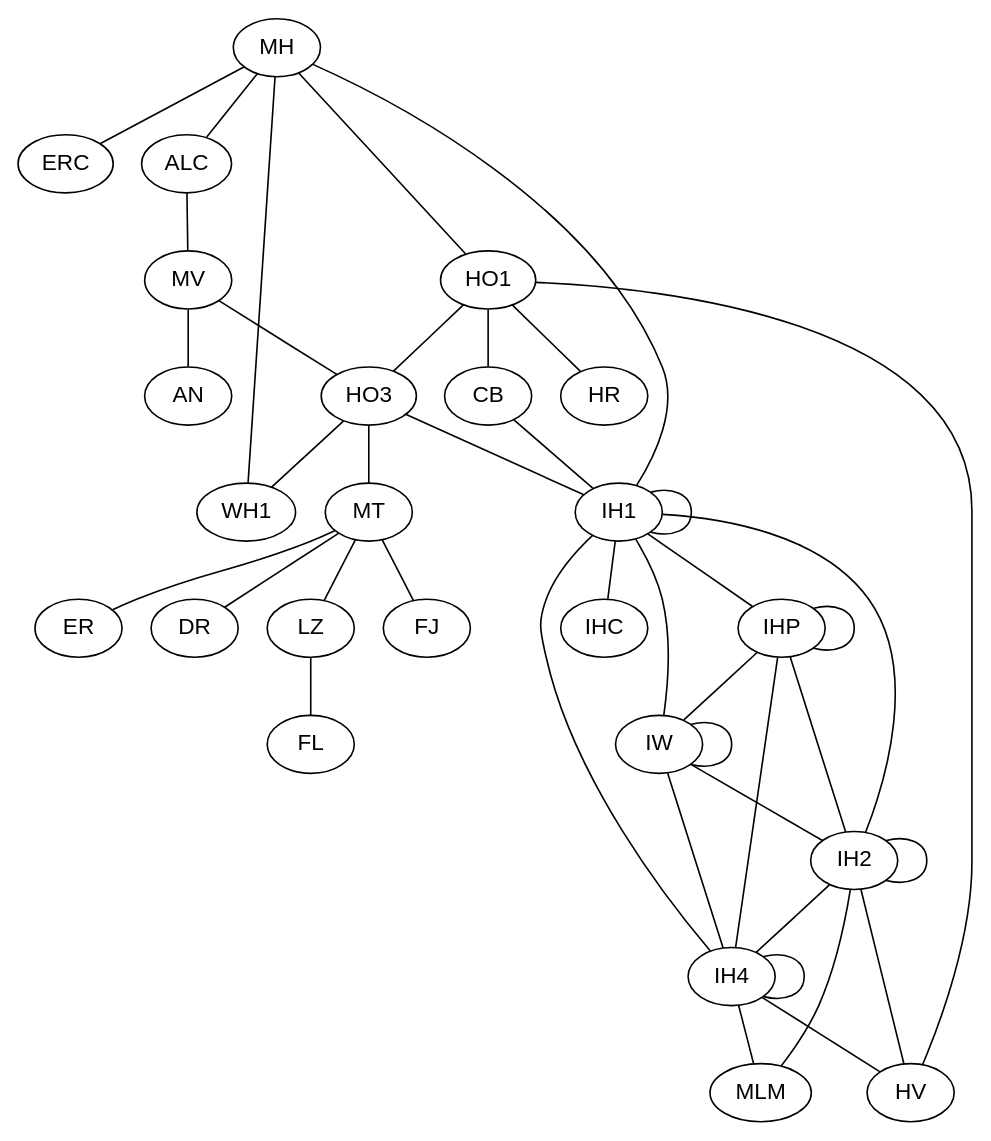
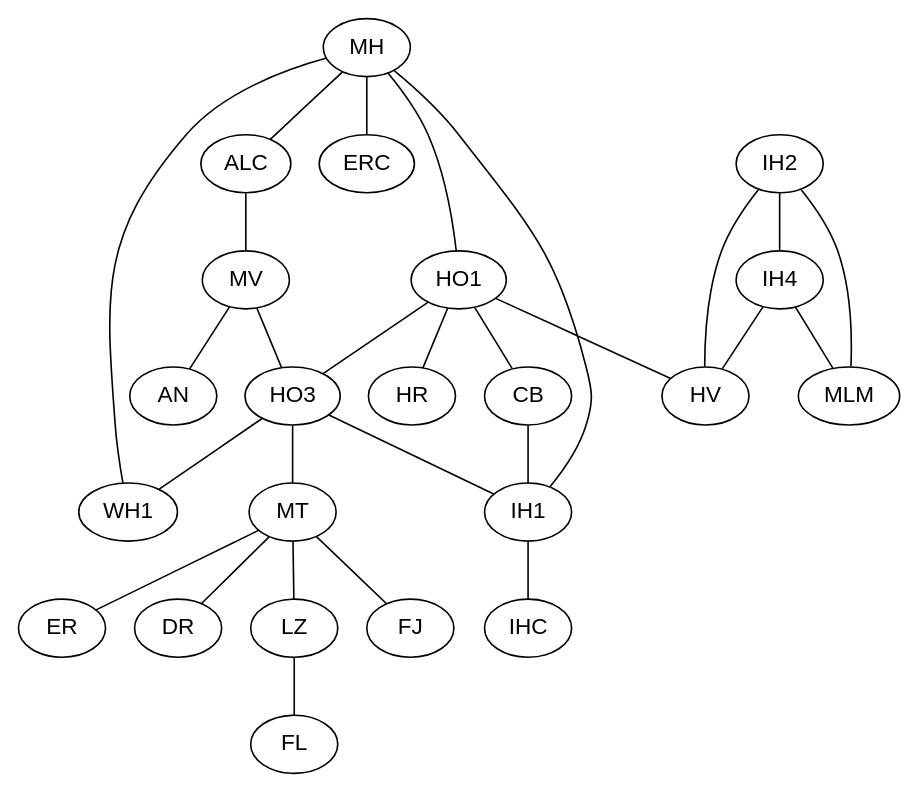
One commit to vmrib/trabalho-1-grafos changed the diagram in inet.dot. Above: the diagram before and after it, drawn with Graphviz. The commit also changed 8 other files, not shown here.

```diff
--- a/inet.dot
+++ b/inet.dot
@@ -1,21 +1,21 @@
 strict graph ip_map {
 	fontname="Helvetica,Arial,sans-serif"
 	node [fontname="Helvetica,Arial,sans-serif"]
 	edge [fontname="Helvetica,Arial,sans-serif"]
 	MH -- { ERC ALC WH1 HO1 IH1 };
 	ALC -- MV -- AN;
 	MV -- HO3 -- WH1;
 	HO3 -- MT;
 	MT -- LZ -- FL;
 	MT -- FJ;
 	MT -- ER;
 	HO1 -- HR;
 	MT -- DR;
 	HO1 -- CB -- IH1 -- IHC;
 	HO1 -- HV;
-	{IHP IW IH1 IH2 IH4 } -- {IHP IW IH1 IH2 IH4 };
+	//{IHP IW IH1 IH2 IH4 } -- {IHP IW IH1 IH2 IH4 };
 	{IH4 IH2} -- {MLM HV};
 	HO1 -- HO3;
 	HO3 -- IH1;
 	IH2 -- IH4 [len=4];	// hack
 }
```
